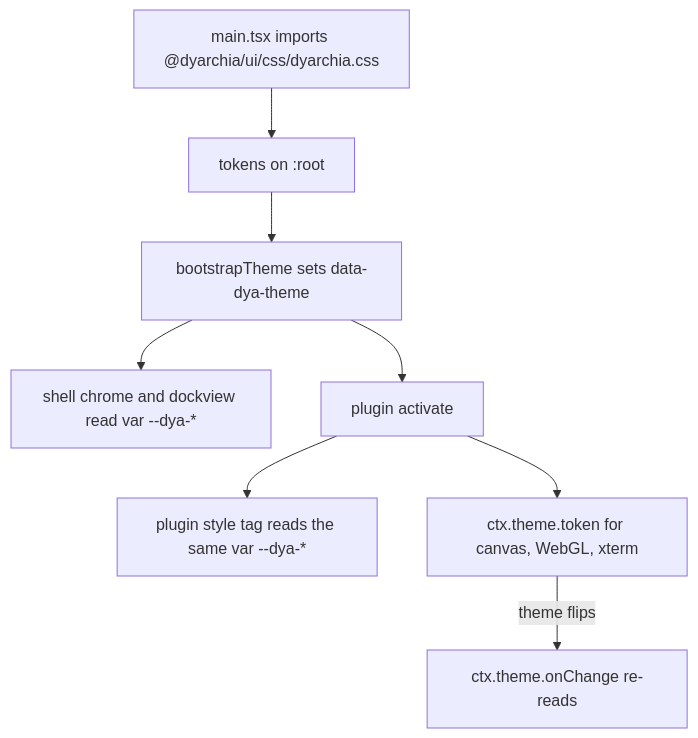
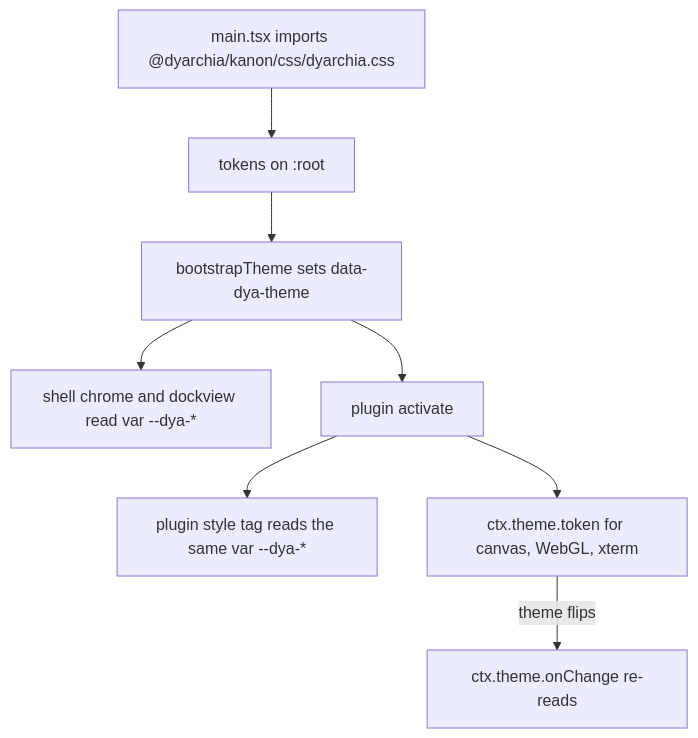
One commit to Dyarchia/dyarchia-desktop changed the diagram in docs/ui.md. Above: the diagram before and after it, drawn with Mermaid. The commit also changed other lines of this file and 19 other files, not shown here.

First line of the commit message:
refactor: rename the design system package to @dyarchia/kanon

````diff
--- a/docs/ui.md
+++ b/docs/ui.md
@@ -79,10 +77,10 @@
 ```mermaid
 flowchart TD
-    A[main.tsx imports @dyarchia/ui/css/dyarchia.css] --> B[tokens on :root]
+    A[main.tsx imports @dyarchia/kanon/css/dyarchia.css] --> B[tokens on :root]
     B --> C[bootstrapTheme sets data-dya-theme]
     C --> D[shell chrome and dockview read var --dya-*]
     C --> E[plugin activate]
     E --> F[plugin style tag reads the same var --dya-*]
     E --> G[ctx.theme.token for canvas, WebGL, xterm]
     G -- "theme flips" --> H[ctx.theme.onChange re-reads]
 ```
````
